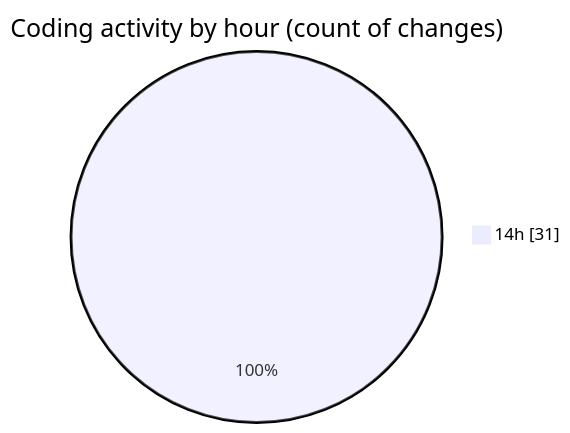
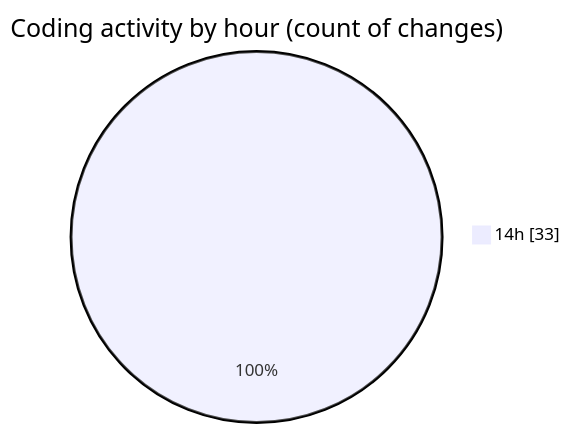
One commit to jadenblack/code-tracking changed the second of 2 diagrams in 2026-03-04/shadcn-admin-kit-main__workspace_/README.md. Above: the diagram before and after it, drawn with Mermaid. The commit also changed other lines of this file and 1 other file, not shown here.

````diff
--- a/2026-03-04/shadcn-admin-kit-main__workspace_/README.md
+++ b/2026-03-04/shadcn-admin-kit-main__workspace_/README.md
@@ -51,5 +51,5 @@
 ```mermaid
 pie showData
 title Coding activity by hour (count of changes)
-"14h" : 31
+"14h" : 33
 ```
````
